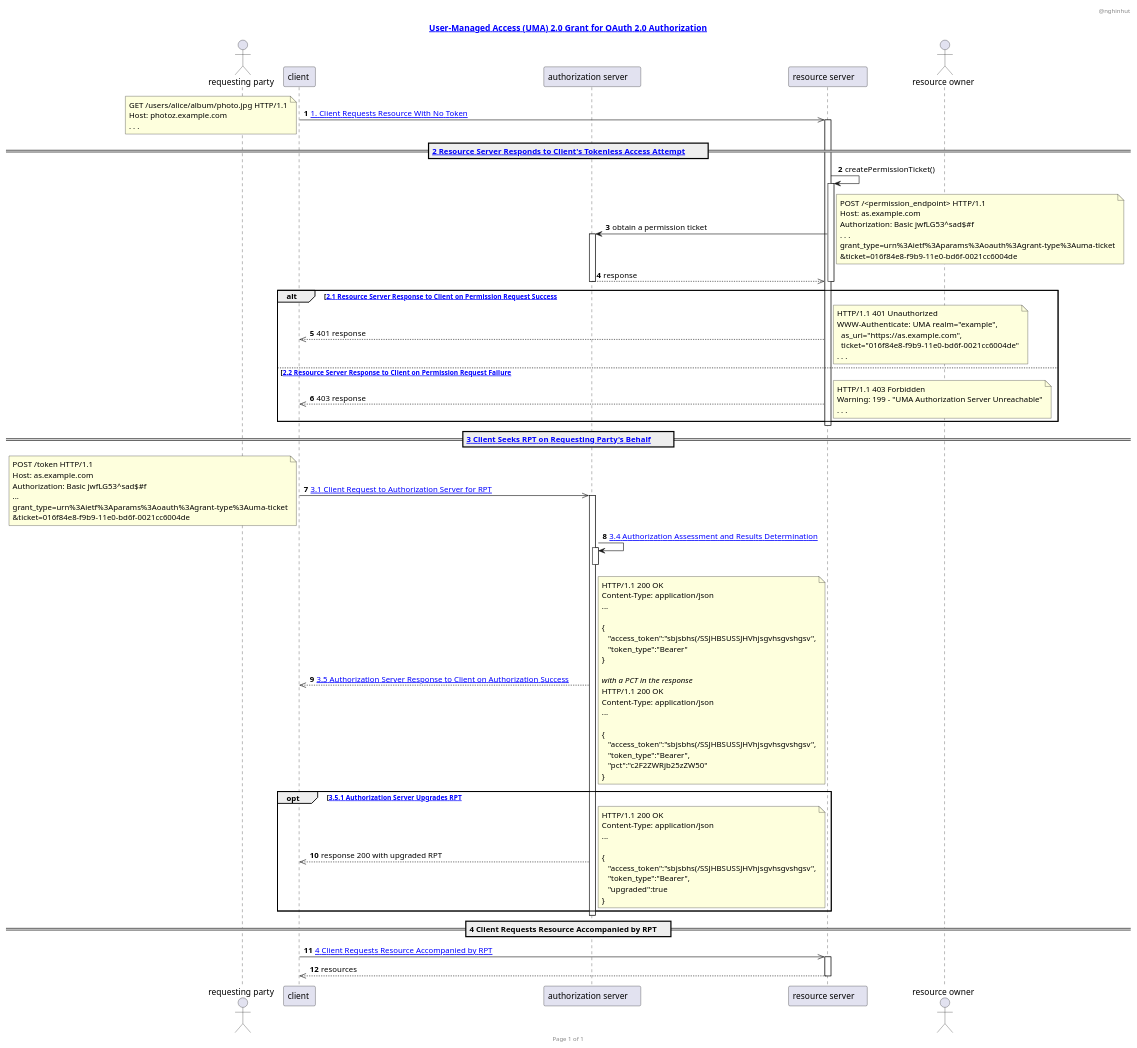
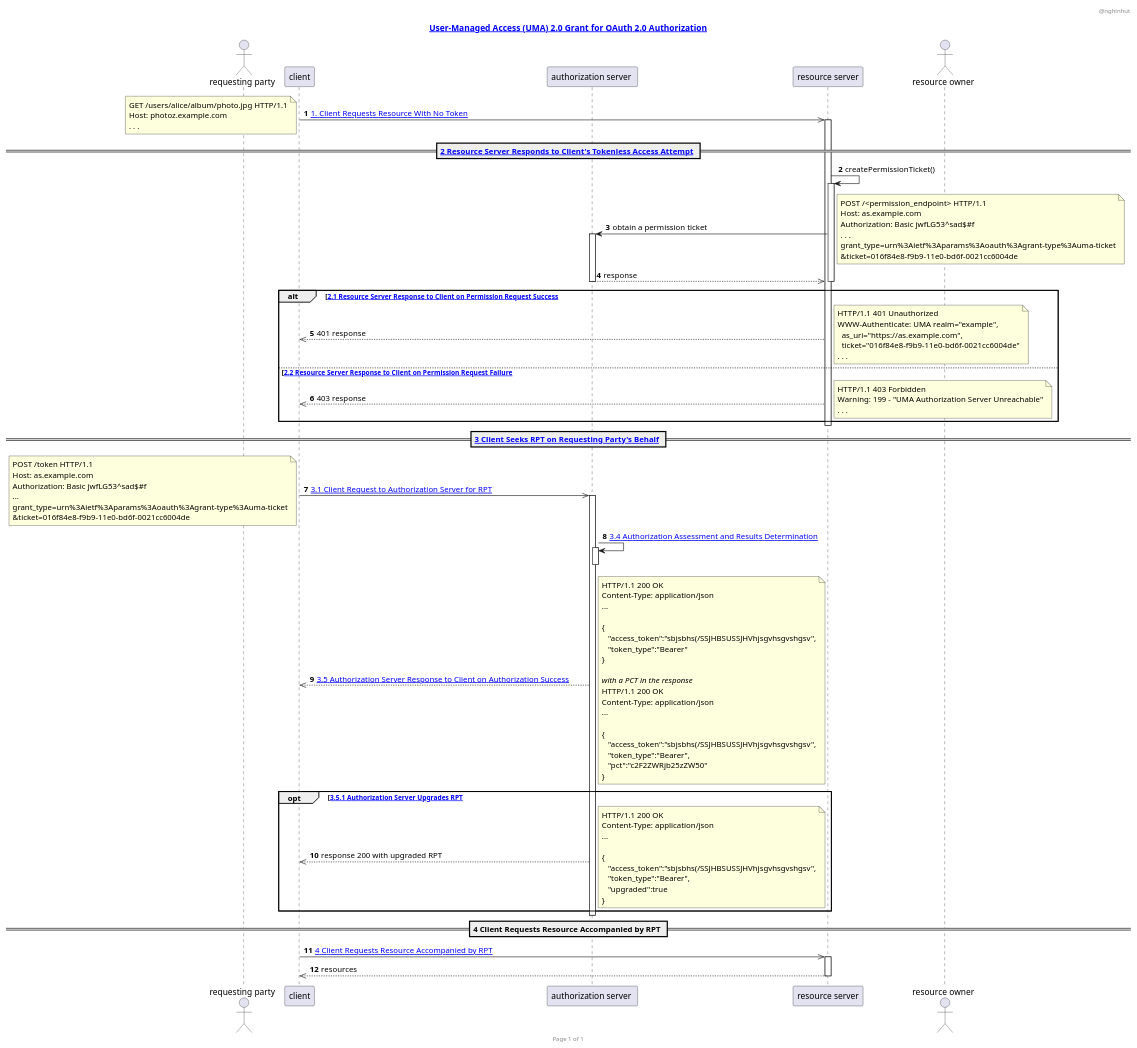
One commit to nghinhut/docs changed the diagram in plantuml/uma2-grant.puml. Above: the diagram before and after it, drawn with PlantUML.

Commit message:
Fix tabs uma2-grant.puml

```diff
--- a/plantuml/uma2-grant.puml
+++ b/plantuml/uma2-grant.puml
@@ -1,124 +1,124 @@
 @startuml
 'https://docs.kantarainitiative.org/uma/wg/oauth-uma-grant-2.0-05.html
 header @nghinhut
 footer Page %page% of %lastpage%
 
 title [[https://docs.kantarainitiative.org/uma/wg/oauth-uma-grant-2.0-05.html#rfc.section.3.4{} User-Managed Access (UMA) 2.0 Grant for OAuth 2.0 Authorization]]
 
 actor "requesting party" as rp
-participant "client " as client
-participant "authorization server    " as as
-participant "resource server    " as rs
+participant "client" as client
+participant "authorization server " as as
+participant "resource server" as rs
 actor "resource owner" as ro
 
 'rp -> asdf
 autonumber
 client ->> rs : [[https://docs.kantarainitiative.org/uma/wg/oauth-uma-grant-2.0-05.html#rfc.section.3.1{} 1. Client Requests Resource With No Token]]
 activate rs
 note left
     GET /users/alice/album/photo.jpg HTTP/1.1
     Host: photoz.example.com
     . . .
 end note
 
-== [[https://docs.kantarainitiative.org/uma/wg/oauth-uma-grant-2.0-05.html#rfc.section.3.2{} 2 Resource Server Responds to Client's Tokenless Access Attempt]]\t ==
+== [[https://docs.kantarainitiative.org/uma/wg/oauth-uma-grant-2.0-05.html#rfc.section.3.2{} 2 Resource Server Responds to Client's Tokenless Access Attempt]] ==
 
 rs -> rs : createPermissionTicket()
 activate rs
 
 rs -> as : obtain a permission ticket
 note right
     POST /<permission_endpoint> HTTP/1.1
     Host: as.example.com
     Authorization: Basic jwfLG53^sad$#f
     . . .
     grant_type=urn%3Aietf%3Aparams%3Aoauth%3Agrant-type%3Auma-ticket
     &ticket=016f84e8-f9b9-11e0-bd6f-0021cc6004de
 end note
 
 activate as
 
 as -->> rs : response
 deactivate rs
 deactivate as
 alt [[ https://docs.kantarainitiative.org/uma/wg/oauth-uma-grant-2.0-05.html#rfc.section.3.2.1{} 2.1 Resource Server Response to Client on Permission Request Success ]
     client <<-- rs : 401 response
 
     note right
         HTTP/1.1 401 Unauthorized
         WWW-Authenticate: UMA realm="example",
           as_uri="https://as.example.com",
           ticket="016f84e8-f9b9-11e0-bd6f-0021cc6004de"
         . . .
     end note
   else  [[https://docs.kantarainitiative.org/uma/wg/oauth-uma-grant-2.0-05.html#rfc.section.3.2.2 2.2 Resource Server Response to Client on Permission Request Failure]
     client <<-- rs : 403 response
     note right
         HTTP/1.1 403 Forbidden
         Warning: 199 - "UMA Authorization Server Unreachable"
         . . .
     end note
 end
 deactivate rs
-== [[https://docs.kantarainitiative.org/uma/wg/oauth-uma-grant-2.0-05.html#rfc.section.3.3{} 3 Client Seeks RPT on Requesting Party's Behalf]]\t ==
-client ->> as : [[https://docs.kantarainitiative.org/uma/wg/oauth-uma-grant-2.0-05.html#rfc.section.3.3.1 3.1 Client Request to Authorization Server for RPT]]\t
+== [[https://docs.kantarainitiative.org/uma/wg/oauth-uma-grant-2.0-05.html#rfc.section.3.3{} 3 Client Seeks RPT on Requesting Party's Behalf]] ==
+client ->> as : [[https://docs.kantarainitiative.org/uma/wg/oauth-uma-grant-2.0-05.html#rfc.section.3.3.1 3.1 Client Request to Authorization Server for RPT]]
 activate as
 note left
     POST /token HTTP/1.1
     Host: as.example.com
     Authorization: Basic jwfLG53^sad$#f
     ...
     grant_type=urn%3Aietf%3Aparams%3Aoauth%3Agrant-type%3Auma-ticket
     &ticket=016f84e8-f9b9-11e0-bd6f-0021cc6004de
 end note
 
 as -> as : [[https://docs.kantarainitiative.org/uma/wg/oauth-uma-grant-2.0-05.html#rfc.section.3.3.4 3.4 Authorization Assessment and Results Determination]]
 activate as
 deactivate as
 
 client <<-- as : [[https://docs.kantarainitiative.org/uma/wg/oauth-uma-grant-2.0-05.html#rfc.section.3.3.5 3.5 Authorization Server Response to Client on Authorization Success]]\t
 note right
     HTTP/1.1 200 OK
     Content-Type: application/json
     ...
 
     {
        "access_token":"sbjsbhs(/SSJHBSUSSJHVhjsgvhsgvshgsv",
        "token_type":"Bearer"
     }
 
     <i>with a PCT in the response
     HTTP/1.1 200 OK
     Content-Type: application/json
     ...
 
     {
        "access_token":"sbjsbhs(/SSJHBSUSSJHVhjsgvhsgvshgsv",
        "token_type":"Bearer",
        "pct":"c2F2ZWRjb25zZW50"
     }
 end note
 
 opt [[https://docs.kantarainitiative.org/uma/wg/oauth-uma-grant-2.0-05.html#rfc.section.3.3.5.1 3.5.1 Authorization Server Upgrades RPT]
 client <<-- as : response 200 with upgraded RPT
 note right
     HTTP/1.1 200 OK
     Content-Type: application/json
     ...
 
     {
        "access_token":"sbjsbhs(/SSJHBSUSSJHVhjsgvhsgvshgsv",
        "token_type":"Bearer",
        "upgraded":true
     }
 end note
 end
 deactivate as
 
-== 4 Client Requests Resource Accompanied by RPT\t ==
+== 4 Client Requests Resource Accompanied by RPT ==
 client ->> rs : [[https://docs.kantarainitiative.org/uma/wg/oauth-uma-grant-2.0-05.html#rfc.section.3.4 4 Client Requests Resource Accompanied by RPT]]
 activate rs
 
 client <<-- rs : resources
 deactivate rs
 @enduml
```
